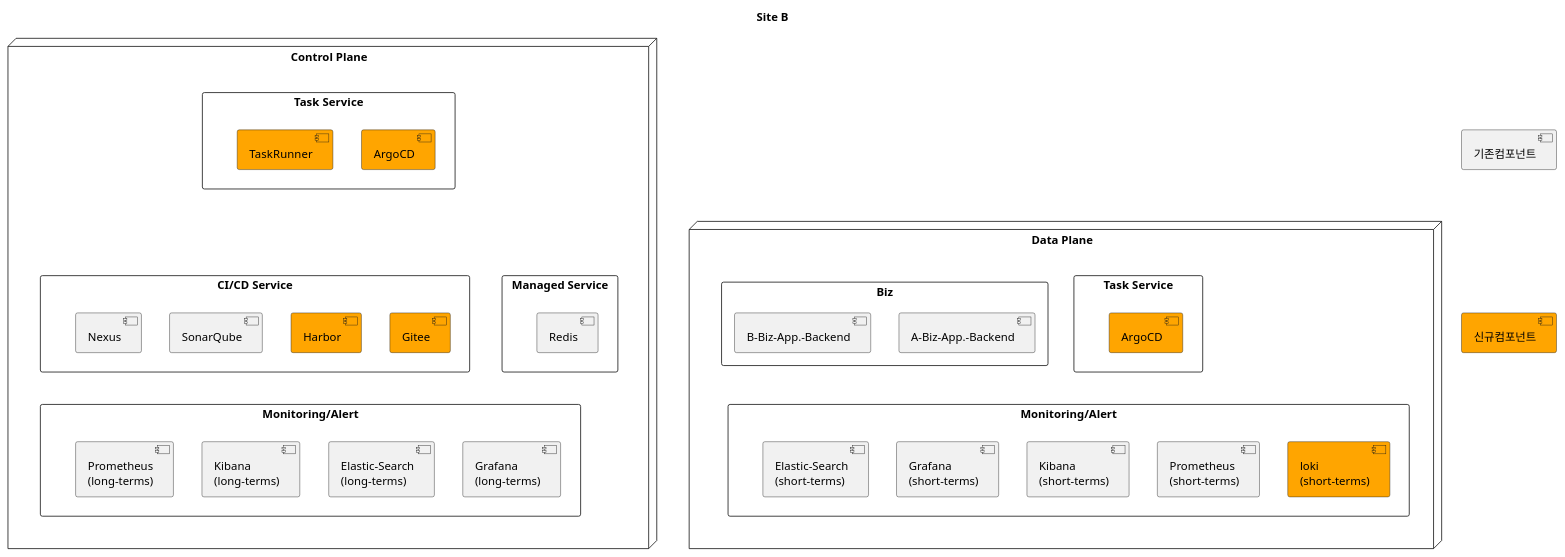
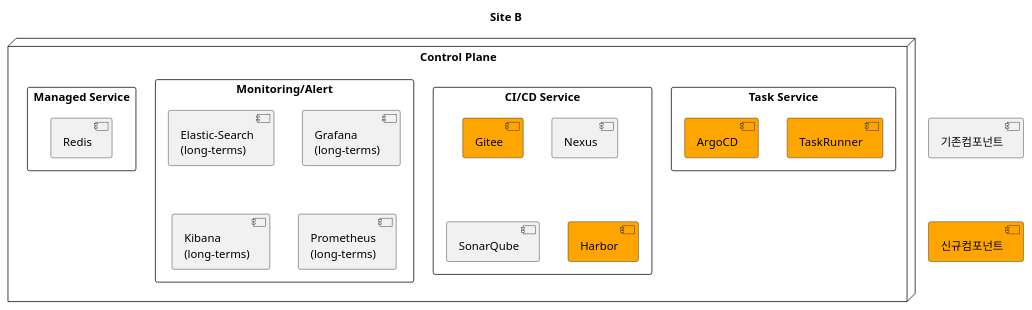
Before and after one commit to kloudbank/htdp1.github.io: the second of 11 diagrams in docs/src/multi-cloud/diagram.md, drawn with PlantUML. The commit also changed other lines of this file, not shown here.

Commit message:
modify diagram

```diff
--- a/docs/src/multi-cloud/diagram.md
+++ b/docs/src/multi-cloud/diagram.md
@@ -70,61 +65,31 @@
 @startuml
 
 title "Site B"
 
 [기존컴포넌트] as old
 [신규컴포넌트] as new #orange
 old -[hidden]d-> new
 
 node "Control Plane" as bcp {
     rectangle "Task Service" as bcp_cicd {
         [TaskRunner] as bcp_taskruuner #orange
         [ArgoCD] as bcp_argocd #orange
-        bcp_taskruuner -[hidden]r- bcp_argocd
     }
     rectangle "CI/CD Service" as bcp_common {
         [Gitee] as gitee #orange
         [Nexus] as nexus
         [SonarQube] as sonarqube
         [Harbor] as harbor #orange
-        nexus -[hidden]r- sonarqube
-        sonarqube -[hidden]r- harbor
-        harbor -[hidden]r- gitee
     }
     rectangle "Monitoring/Alert" as bcp_mon {
         [Elastic-Search\n(long-terms)] as bcp_mon_elk
         [Grafana\n(long-terms)] as bcp_mon_grafana
         [Kibana\n(long-terms)] as bcp_mon_kibana
         [Prometheus\n(long-terms)] as bcp_mon_prometheus
-        bcp_mon_elk -[hidden]r- bcp_mon_grafana
     }
     rectangle "Managed Service" as bcp_managed {
         [Redis] as bcp_mananged_redis
     }
-    bcp_cicd -[hidden]d- bcp_common
-    bcp_cicd -[hidden]d- bcp_managed
-    bcp_common -[hidden]d- bcp_mon
 }
-node "Data Plane" as bdp {
-    rectangle "Task Service" as bdp_task {
-        [ArgoCD] as bdp_argocd #orange
-    }
-    rectangle "Biz" as bdp_biz {
-        [A-Biz-App.-Backend] as bdp_biza
-        [B-Biz-App.-Backend] as bdp_bizb
-    }
-    rectangle "Monitoring/Alert" as bdp_mon {
-        [Elastic-Search\n(short-terms)] as bdp_mon_elk
-        [Grafana\n(short-terms)] as bdp_mon_grafana
-        [Kibana\n(short-terms)] as bdp_mon_kibana
-        [Prometheus\n(short-terms)] as bdp_mon_prometheus
-        [loki\n(short-terms)] as dbp_mon_loki #orange
-        bdp_mon_elk -[hidden]r- bdp_mon_grafana
-        bdp_mon_grafana -[hidden]r- bdp_mon_kibana
-        bdp_mon_kibana -[hidden]r- bdp_mon_prometheus
-        bdp_mon_prometheus -[hidden]r- dbp_mon_loki
-    }
-    bdp_task -[hidden]d- bdp_mon
-}
-bcp -[hidden]d- bdp
 
 @enduml
```
